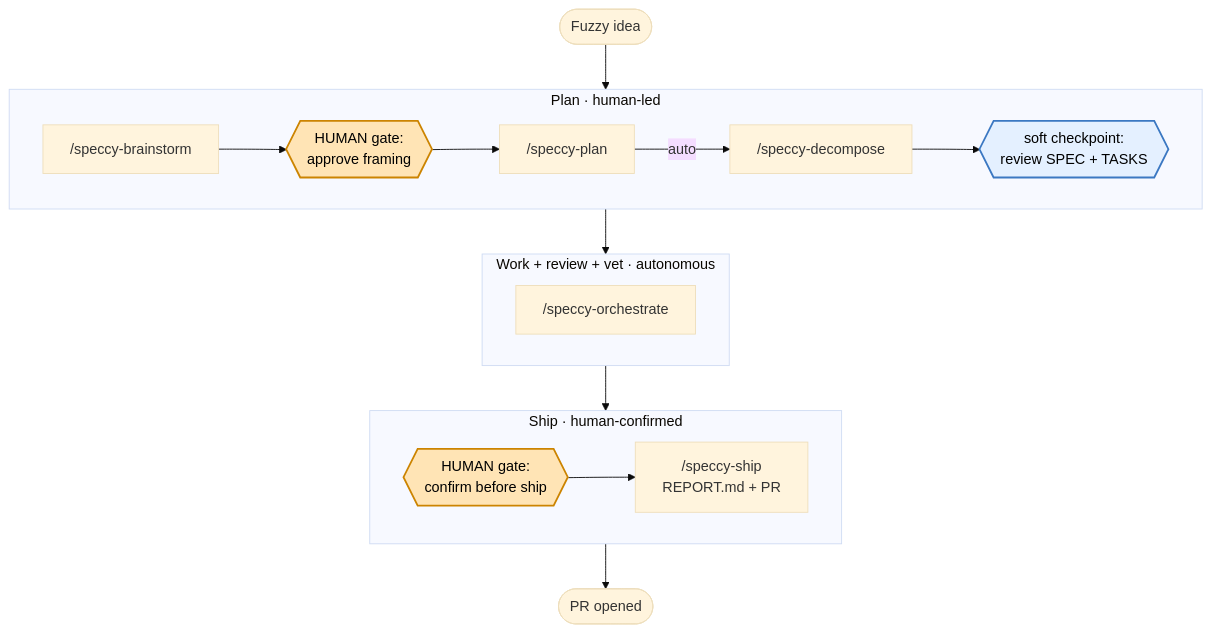
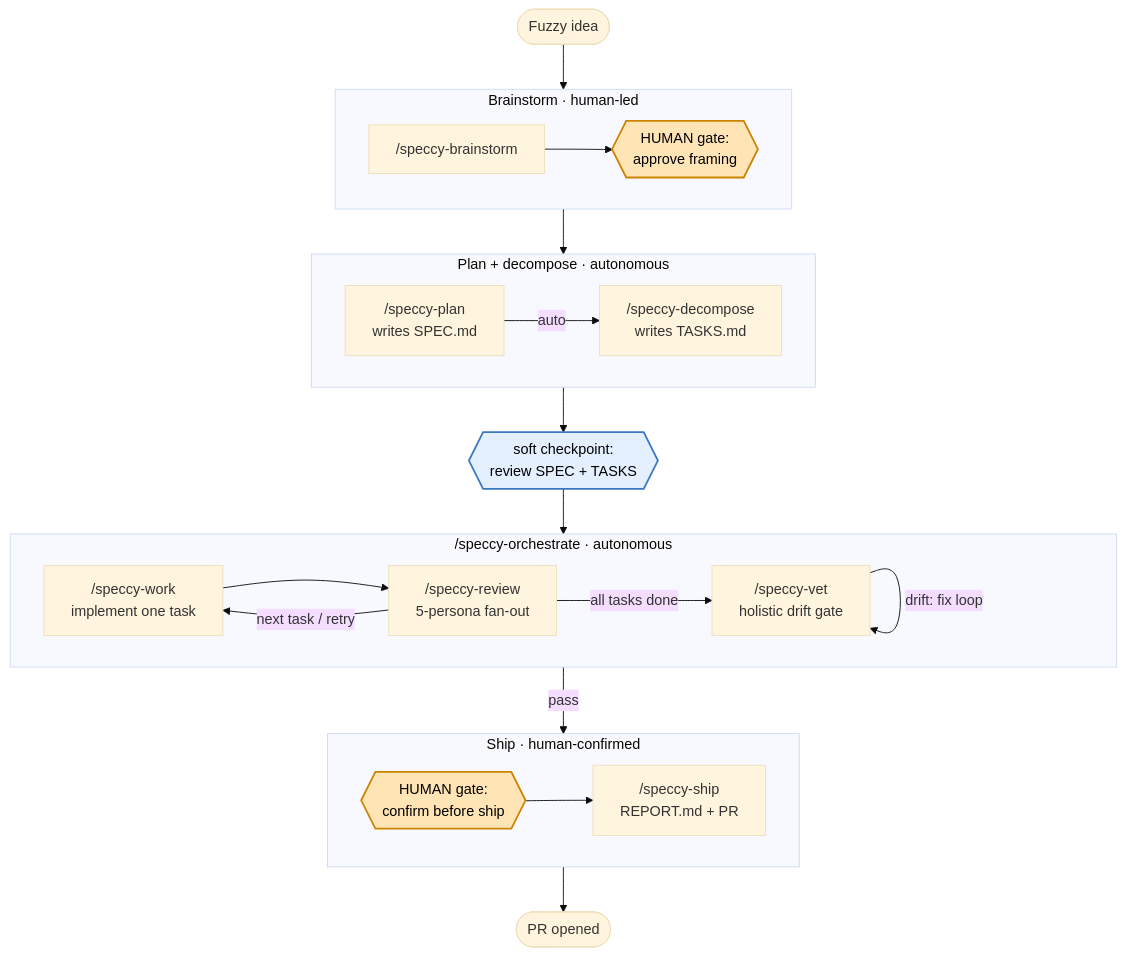
Before and after one commit to kvnxiao/speccy: the diagram in README.md, drawn with Mermaid (base theme).

Commit message:
Group plan+decompose and expand the orchestrate loop in the diagram
Split the planning zone into a human-led Brainstorm block (brainstorm +
framing gate) and an autonomous Author block grouping /speccy-plan and
/speccy-decompose. Expand the single orchestrate node into a detailed
/speccy-orchestrate block showing the work → review → vet loop, the
per-task retry back-edge, and vet's drift-fix loop.

````diff
--- a/README.md
+++ b/README.md
@@ -98,36 +98,50 @@
 ```mermaid
 flowchart TB
     Idea([Fuzzy idea])
 
-    subgraph Plan [Plan · human-led]
+    subgraph Frame [Brainstorm · human-led]
       direction LR
       Brain["/speccy-brainstorm"]
       G1{{HUMAN gate:<br/>approve framing}}
-      PlanCmd["/speccy-plan"]
-      Decomp["/speccy-decompose"]
-      C1{{soft checkpoint:<br/>review SPEC + TASKS}}
-      Brain --> G1 --> PlanCmd -->|auto| Decomp --> C1
+      Brain --> G1
     end
 
-    subgraph Loop [Work + review + vet · autonomous]
+    subgraph Author [Plan + decompose · autonomous]
       direction LR
-      Orch["/speccy-orchestrate"]
+      PlanCmd["/speccy-plan<br/>writes SPEC.md"]
+      Decomp["/speccy-decompose<br/>writes TASKS.md"]
+      PlanCmd -->|auto| Decomp
+    end
+
+    C1{{soft checkpoint:<br/>review SPEC + TASKS}}
+
+    subgraph Loop ["/speccy-orchestrate · autonomous"]
+      direction LR
+      Work["/speccy-work<br/>implement one task"]
+      Review["/speccy-review<br/>5-persona fan-out"]
+      Vet["/speccy-vet<br/>holistic drift gate"]
+      Work --> Review
+      Review -->|next task / retry| Work
+      Review -->|all tasks done| Vet
+      Vet -->|drift: fix loop| Vet
     end
 
     subgraph Ship [Ship · human-confirmed]
       direction LR
       G2{{HUMAN gate:<br/>confirm before ship}}
       ShipCmd["/speccy-ship<br/>REPORT.md + PR"]
       G2 --> ShipCmd
     end
 
     Idea --> Brain
-    C1 --> Orch
-    Orch --> G2
+    G1 --> PlanCmd
+    Decomp --> C1
+    C1 --> Work
+    Vet -->|pass| G2
     ShipCmd --> Done([PR opened])
 
     classDef human fill:#ffe4b5,stroke:#cc8400,stroke-width:2px,color:#000
     class G1,G2 human
     classDef soft fill:#e4f0ff,stroke:#3b78c2,stroke-width:2px,color:#000
     class C1 soft
 ```
````
